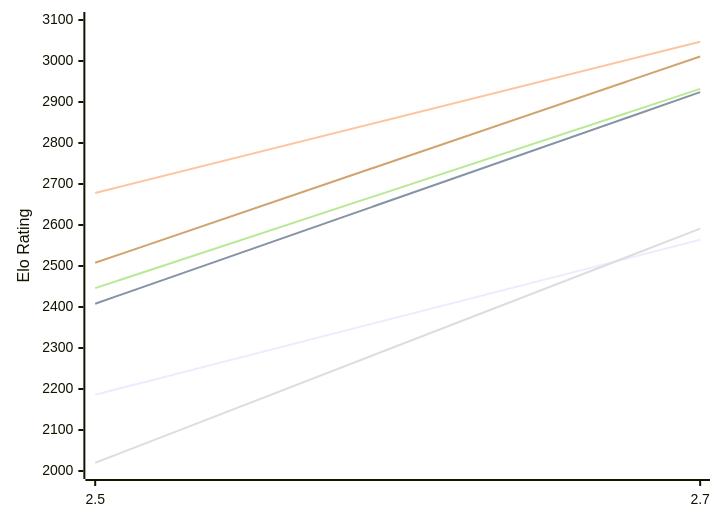
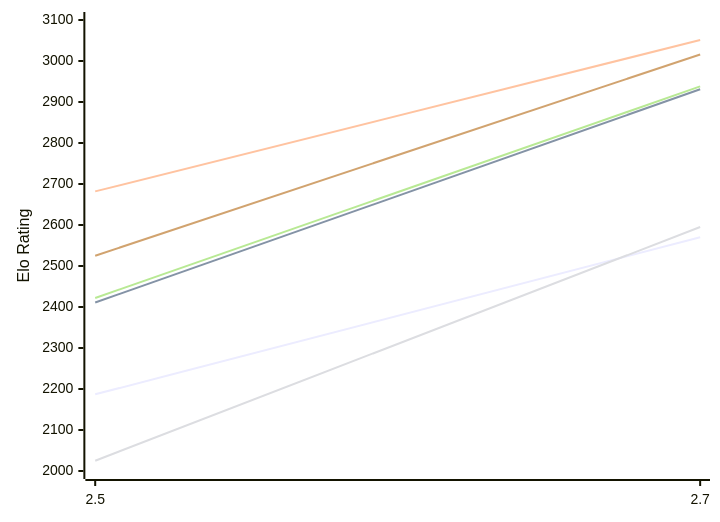
One commit to computer-chess-index/cci changed the first of 2 diagrams in engines/Zevra.md. Above: the diagram before and after it, drawn with Mermaid. The commit also changed other lines of this file, not shown here.

Commit message:
Update CCI Ratings (ELO VLTC) - 2026-11-20

````diff
--- a/engines/Zevra.md
+++ b/engines/Zevra.md
@@ -50,12 +50,12 @@
 ```mermaid
 %%{init: {"theme":"base","themeVariables":{"seriesColors:['#a3a3a3','#222221','#faa371']}}}%%
 xychart-beta
   x-axis ["2.5", "2.7"]
   y-axis "Elo Rating" 2000 --> 3100
-  line "E1: STC (8.0+0.08s)" [2186, 2564]
-  line "E1: LTC (60.0+0.60s)" [2408, 2924]
-  line "E1: VLTC (2m24s+1.12s)" [2678, 3047]
-  line "P1: STC (8.0+0.08s)" [2020, 2591]
-  line "P1: LTC (60.0+0.60s)" [2446, 2932]
-  line "P1: VLTC (2m24s+1.12s)" [2508, 3011]
+  line "E1: STC (8.0+0.08s)" [2187, 2570]
+  line "E1: LTC (60.0+0.60s)" [2411, 2931]
+  line "E1: VLTC (2m24s+1.12s)" [2682, 3051]
+  line "P1: STC (8.0+0.08s)" [2025, 2595]
+  line "P1: LTC (60.0+0.60s)" [2422, 2938]
+  line "P1: VLTC (2m24s+1.12s)" [2525, 3016]
 ```
````
